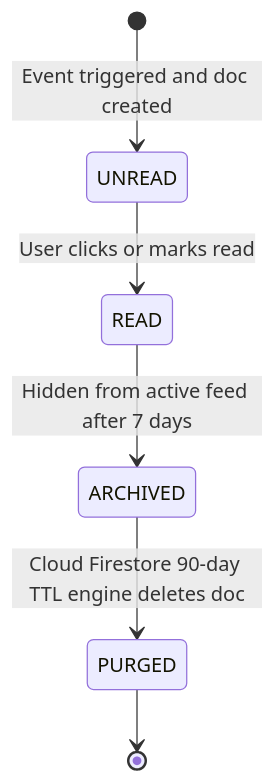
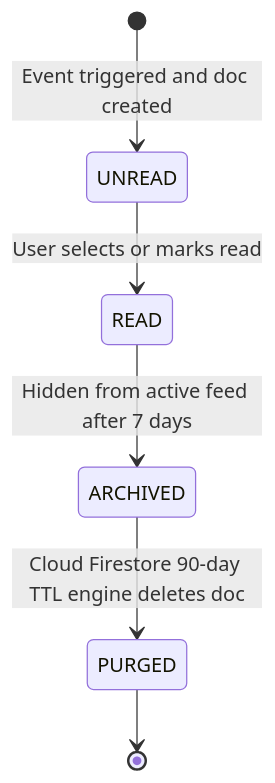
Before and after one commit to jcmendozav/expensetracker-monorepo: the fifth of 6 diagrams in docs/designs/household_multi_budget_ledger.md, drawn with Mermaid. The commit also changed other lines of this file, not shown here.

Commit message:
docs: update household multi-budget ledger design documentation with In-App Pending Invitation & Activity Center flow.

````diff
--- a/docs/designs/household_multi_budget_ledger.md
+++ b/docs/designs/household_multi_budget_ledger.md
@@ -75,8 +91,8 @@
 ```mermaid
 stateDiagram-v2
     [*] --> UNREAD: Event triggered and doc created
-    UNREAD --> READ: User clicks or marks read
+    UNREAD --> READ: User selects or marks read
     READ --> ARCHIVED: Hidden from active feed after 7 days
     ARCHIVED --> PURGED: Cloud Firestore 90-day TTL engine deletes doc
     PURGED --> [*]
 ```
````
